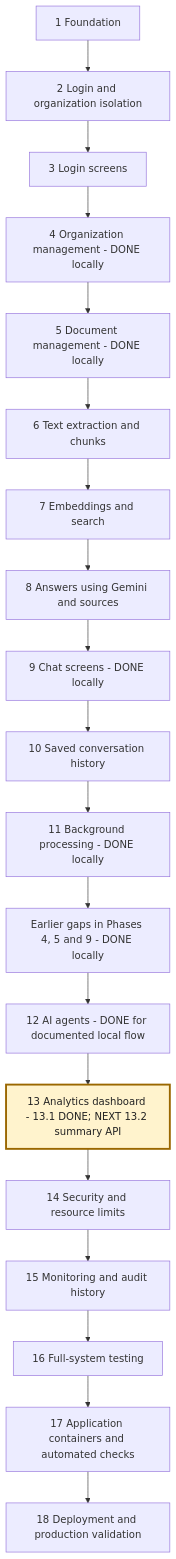
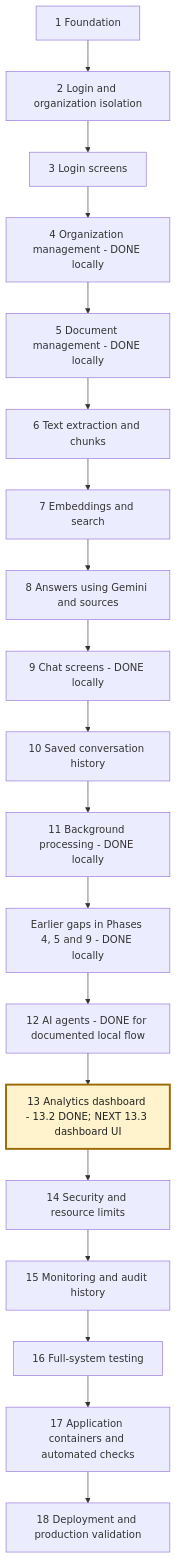
The second of 5 diagrams in NEXAAI_ROADMAP.md (msdian0007/nexaAi), drawn with Mermaid before and after one commit. The commit also changed other lines of this file and 7 other files, not shown here.

Commit message:
dashboard summary API

````diff
--- a/NEXAAI_ROADMAP.md
+++ b/NEXAAI_ROADMAP.md
@@ -189,22 +190,22 @@
 ```mermaid
 flowchart TD
     A[1 Foundation] --> B[2 Login and organization isolation]
     B --> C[3 Login screens]
     C --> D[4 Organization management - DONE locally]
     D --> E[5 Document management - DONE locally]
     E --> F[6 Text extraction and chunks]
     F --> G[7 Embeddings and search]
     G --> H[8 Answers using Gemini and sources]
     H --> I[9 Chat screens - DONE locally]
     I --> J[10 Saved conversation history]
     J --> K[11 Background processing - DONE locally]
     K --> L[Earlier gaps in Phases 4, 5 and 9 - DONE locally]
     L --> M[12 AI agents - DONE for documented local flow]
-    M --> N[13 Analytics dashboard - 13.1 DONE; NEXT 13.2 summary API]
+    M --> N[13 Analytics dashboard - 13.2 DONE; NEXT 13.3 dashboard UI]
     N --> O[14 Security and resource limits]
     O --> P[15 Monitoring and audit history]
     P --> Q[16 Full-system testing]
     Q --> R[17 Application containers and automated checks]
     R --> S[18 Deployment and production validation]
     style N fill:#fff3cd,stroke:#9a6700,stroke-width:3px,color:#222
 ```
````
